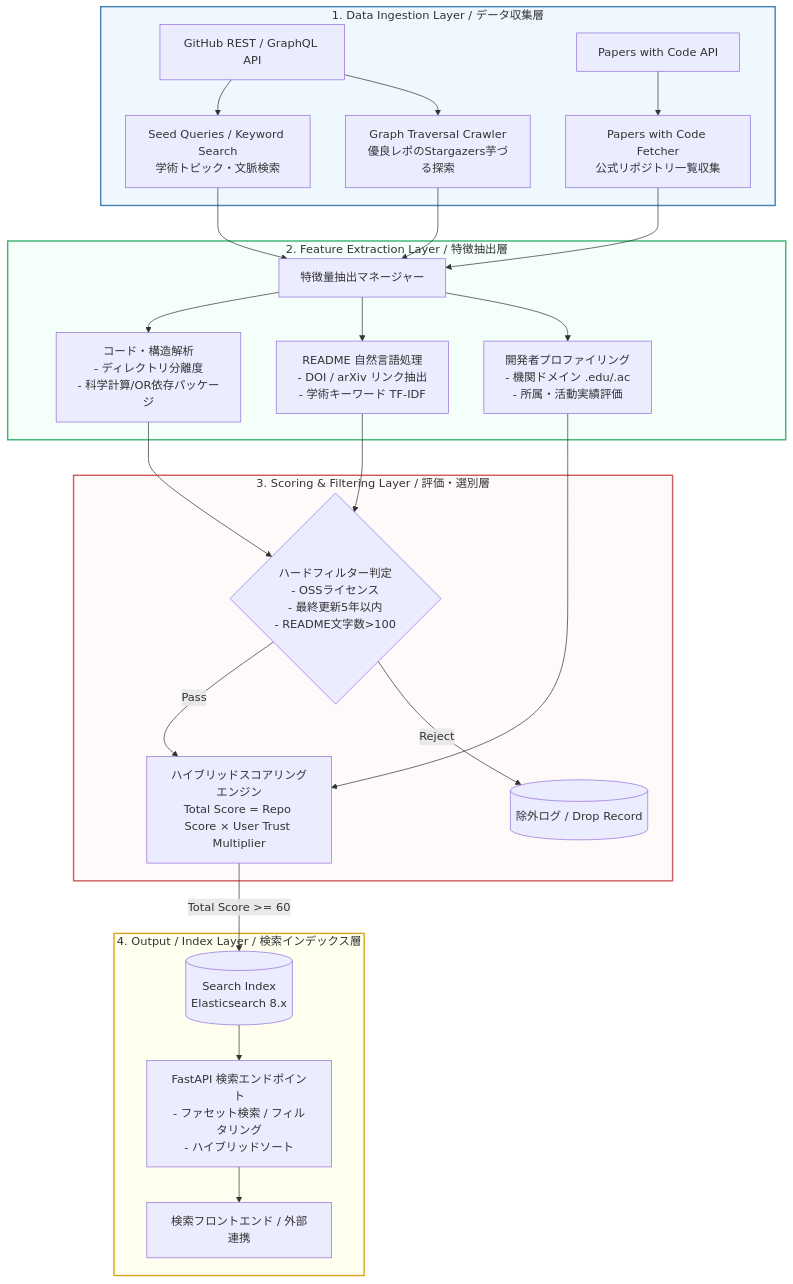
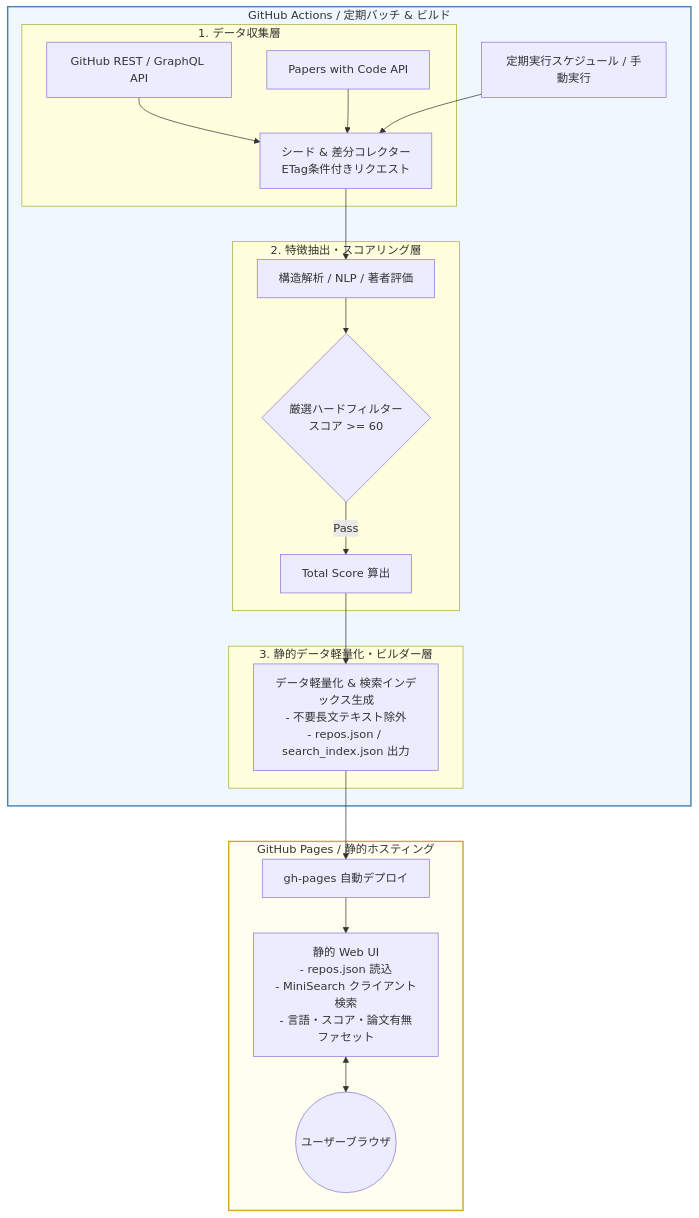
One commit to xzyozi/ScholarRepo-Finder changed the diagram in docs/design/SRF-BD-001_基本設計書.md. Above: the diagram before and after it, drawn with Mermaid. The commit also changed other lines of this file and 3 other files, not shown here.

Commit message:
docs: GitHub Pages完結型アーキテクチャおよびデータ軽量化設計を基本設計書・詳細設計書・データ構造仕様書・READMEに反映

````diff
--- a/docs/design/SRF-BD-001_基本設計書.md
+++ b/docs/design/SRF-BD-001_基本設計書.md
@@ -62,79 +60,53 @@
 ```mermaid
 flowchart TD
-    %% 1. Data Ingestion Layer
-    subgraph Layer1 [1. Data Ingestion Layer / データ収集層]
-        API_GH[GitHub REST / GraphQL API]
-        API_PWC[Papers with Code API]
+    %% 1. GitHub Actions Pipeline
+    subgraph Actions [GitHub Actions / 定期バッチ & ビルド]
+        CronTrigger[定期実行スケジュール / 手動実行]
         
-        SeedSearch[Seed Queries / Keyword Search
-学術トピック・文脈検索]
-        PWCCollector[Papers with Code Fetcher
-公式リポジトリ一覧収集]
-        GraphCrawler[Graph Traversal Crawler
-優良レポのStargazers芋づる探索]
-        
-        API_GH --> SeedSearch
-        API_GH --> GraphCrawler
-        API_PWC --> PWCCollector
+        subgraph Ingestion [1. データ収集層]
+            GH_API[GitHub REST / GraphQL API]
+            PWC_API[Papers with Code API]
+            Collector[シード & 差分コレクター
+ETag条件付きリクエスト]
+            GH_API --> Collector
+            PWC_API --> Collector
+        end
+
+        subgraph Extraction [2. 特徴抽出・スコアリング層]
+            FeatureExtractor[構造解析 / NLP / 著者評価]
+            HardFilter{厳選ハードフィルター
+スコア >= 60}
+            ScoreCalc[Total Score 算出]
+            
+            Collector --> FeatureExtractor
+            FeatureExtractor --> HardFilter
+            HardFilter -->|Pass| ScoreCalc
+        end
+
+        subgraph Build [3. 静的データ軽量化・ビルダー層]
+            DataBuilder[データ軽量化 & 検索インデックス生成
+- 不要長文テキスト除外
+- repos.json / search_index.json 出力]
+            ScoreCalc --> DataBuilder
+        end
+
+        CronTrigger --> Collector
     end
 
-    %% 2. Feature Extraction Layer
-    subgraph Layer2 [2. Feature Extraction Layer / 特徴抽出層]
-        ExtractManager[特徴量抽出マネージャー]
-        
-        StructAnalysis[コード・構造解析
-- ディレクトリ分離度
-- 科学計算/OR依存パッケージ]
-        NLPAnalysis[README 自然言語処理
-- DOI / arXiv リンク抽出
-- 学術キーワード TF-IDF]
-        UserProfile[開発者プロファイリング
-- 機関ドメイン .edu/.ac
-- 所属・活動実績評価]
-        
-        ExtractManager --> StructAnalysis
-        ExtractManager --> NLPAnalysis
-        ExtractManager --> UserProfile
+    %% 2. GitHub Pages Hosting
+    subgraph Pages [GitHub Pages / 静的ホスティング]
+        DeployStep[gh-pages 自動デプロイ]
+        StaticSite[静的 Web UI
+- repos.json 読込
+- MiniSearch クライアント検索
+- 言語・スコア・論文有無ファセット]
+        UserBrowser((ユーザーブラウザ))
+
+        DataBuilder --> DeployStep
+        DeployStep --> StaticSite
+        StaticSite <--> UserBrowser
     end
 
-    %% 3. Scoring & Filtering Layer
-    subgraph Layer3 [3. Scoring & Filtering Layer / 評価・選別層]
-        HardFilter{ハードフィルター判定
-- OSSライセンス
-- 最終更新5年以内
-- README文字数>100}
-        ScoreEngine[ハイブリッドスコアリングエンジン
-Total Score = Repo Score × User Trust Multiplier]
-        
-        HardFilter -->|Pass| ScoreEngine
-        HardFilter -->|Reject| DropStore[(除外ログ / Drop Record)]
-    end
-
-    %% 4. Output / Index Layer
-    subgraph Layer4 [4. Output / Index Layer / 検索インデックス層]
-        SearchIndex[(Search Index
-Elasticsearch 8.x)]
-        SearchAPI[FastAPI 検索エンドポイント
-- ファセット検索 / フィルタリング
-- ハイブリッドソート]
-        WebUI[検索フロントエンド / 外部連携]
-        
-        ScoreEngine -->|Total Score >= 60| SearchIndex
-        SearchIndex --> SearchAPI
-        SearchAPI --> WebUI
-    end
-
-    %% Layer Connections via Queues
-    SeedSearch --> ExtractManager
-    PWCCollector --> ExtractManager
-    GraphCrawler --> ExtractManager
-
-    StructAnalysis --> HardFilter
-    NLPAnalysis --> HardFilter
-    UserProfile --> ScoreEngine
-
-    style Layer1 fill:#f0f8ff,stroke:#4682b4,stroke-width:2px
-    style Layer2 fill:#f5fffa,stroke:#3cb371,stroke-width:2px
-    style Layer3 fill:#fffafa,stroke:#cd5c5c,stroke-width:2px
-    style Layer4 fill:#fffff0,stroke:#daa520,stroke-width:2px
+    style Actions fill:#f0f8ff,stroke:#4682b4,stroke-width:2px
+    style Pages fill:#fffff0,stroke:#daa520,stroke-width:2px
 ```
````
